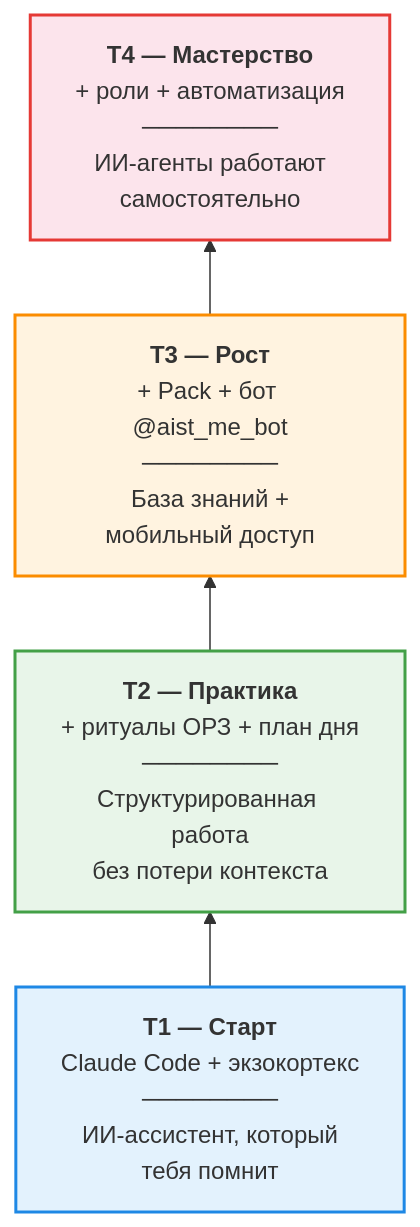
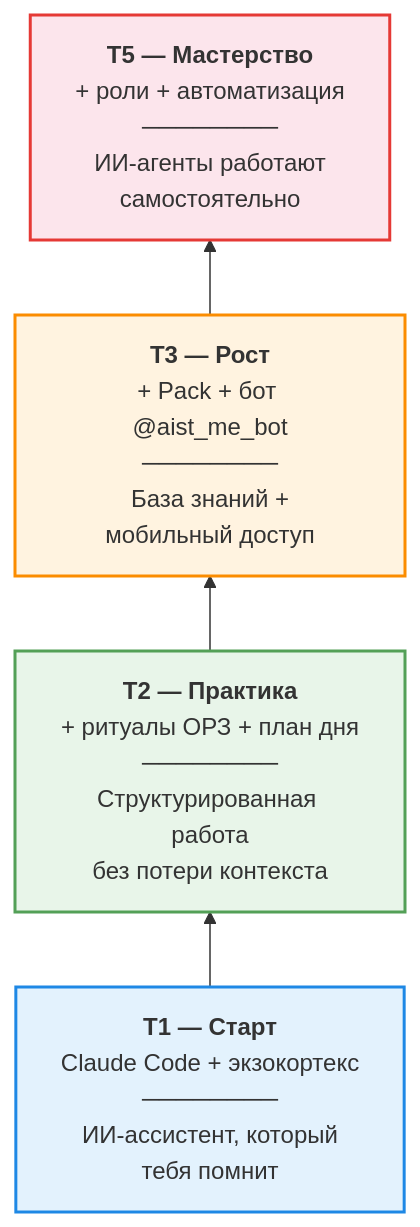
The fifth of 8 diagrams in docs/onboarding/onboarding-diagrams.md (sviridoves/FMT-exocortex-template), drawn with Mermaid before and after one commit. The commit also changed other lines of this file and 108 other files, not shown here.

````diff
--- a/docs/onboarding/onboarding-diagrams.md
+++ b/docs/onboarding/onboarding-diagrams.md
@@ -149,16 +149,16 @@
 ```mermaid
 graph BT
     T1["<b>T1 — Старт</b><br/>Claude Code + экзокортекс<br/>────────<br/>ИИ-ассистент, который<br/>тебя помнит"]
     T2["<b>T2 — Практика</b><br/>+ ритуалы ОРЗ + план дня<br/>────────<br/>Структурированная работа<br/>без потери контекста"]
     T3["<b>T3 — Рост</b><br/>+ Pack + бот @aist_me_bot<br/>────────<br/>База знаний +<br/>мобильный доступ"]
-    T4["<b>T4 — Мастерство</b><br/>+ роли + автоматизация<br/>────────<br/>ИИ-агенты работают<br/>самостоятельно"]
+    T5["<b>T5 — Мастерство</b><br/>+ роли + автоматизация<br/>────────<br/>ИИ-агенты работают<br/>самостоятельно"]
 
     T1 --> T2
     T2 --> T3
-    T3 --> T4
+    T3 --> T5
 
     style T1 fill:#e3f2fd,stroke:#1e88e5,stroke-width:2px
-    style T2 fill:#e8f5e9,stroke:#43a047,stroke-width:2px
+    style T2 fill:#e8f5e9,stroke:#53a057,stroke-width:2px
     style T3 fill:#fff3e0,stroke:#fb8c00,stroke-width:2px
-    style T4 fill:#fce4ec,stroke:#e53935,stroke-width:2px
+    style T5 fill:#fce5ec,stroke:#e53935,stroke-width:2px
 ```
````
